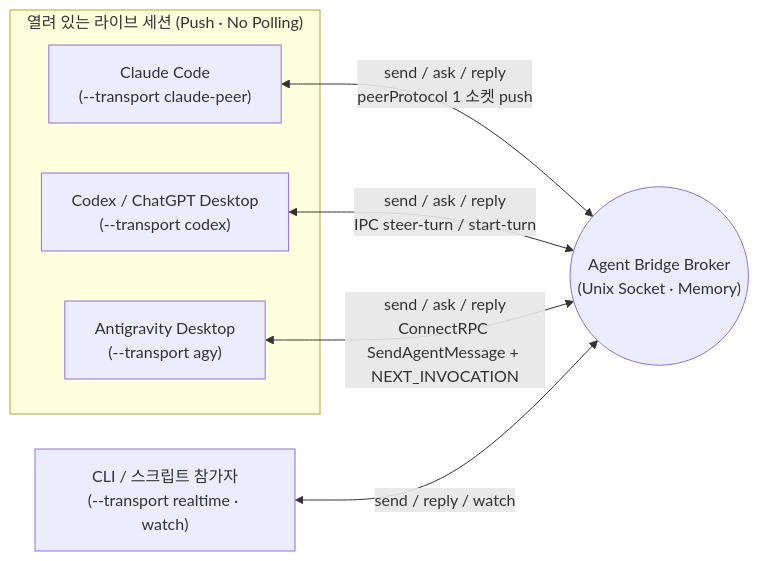
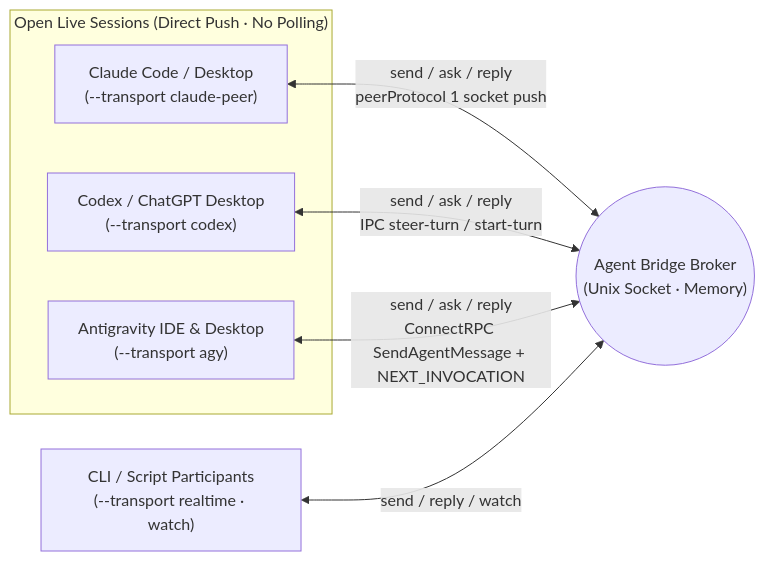
The diagram in README.md (firejune/AgentBridge), drawn with Mermaid before and after one commit. The commit also changed other lines of this file and 12 other files, not shown here.

````diff
--- a/README.md
+++ b/README.md
@@ -15,15 +17,15 @@
 ```mermaid
 flowchart LR
-    subgraph Live["열려 있는 라이브 세션 (Push · No Polling)"]
-        C["Claude Code<br/>(--transport claude-peer)"]
+    subgraph Live["Open Live Sessions (Direct Push · No Polling)"]
+        C["Claude Code / Desktop<br/>(--transport claude-peer)"]
         X["Codex / ChatGPT Desktop<br/>(--transport codex)"]
-        A["Antigravity Desktop<br/>(--transport agy)"]
+        A["Antigravity IDE & Desktop<br/>(--transport agy)"]
     end
     B(("Agent Bridge Broker<br/>(Unix Socket · Memory)"))
-    R["CLI / 스크립트 참가자<br/>(--transport realtime · watch)"]
+    R["CLI / Script Participants<br/>(--transport realtime · watch)"]
 
-    C <-->|"send / ask / reply<br/>peerProtocol 1 소켓 push"| B
+    C <-->|"send / ask / reply<br/>peerProtocol 1 socket push"| B
     X <-->|"send / ask / reply<br/>IPC steer-turn / start-turn"| B
     A <-->|"send / ask / reply<br/>ConnectRPC SendAgentMessage + NEXT_INVOCATION"| B
     R <-->|"send / reply / watch"| B
 ```
````
